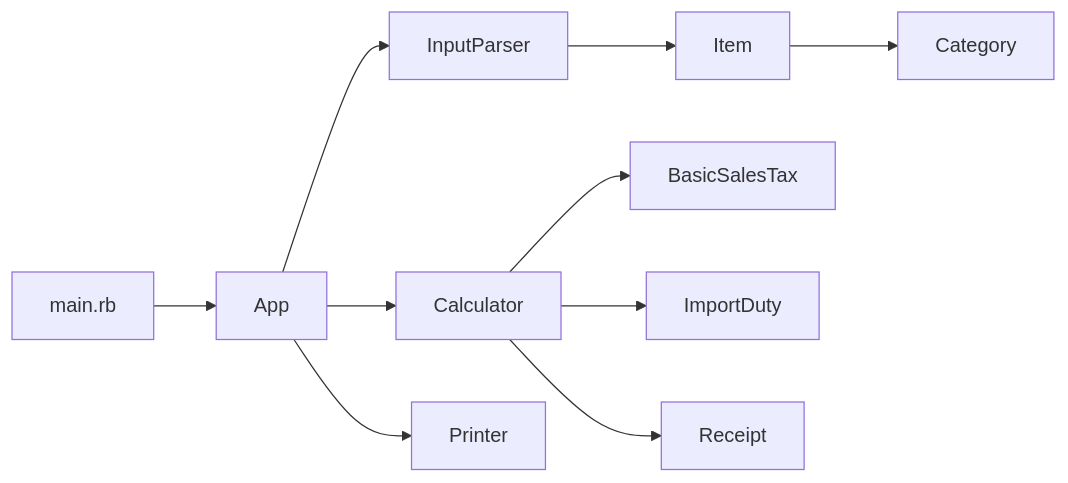
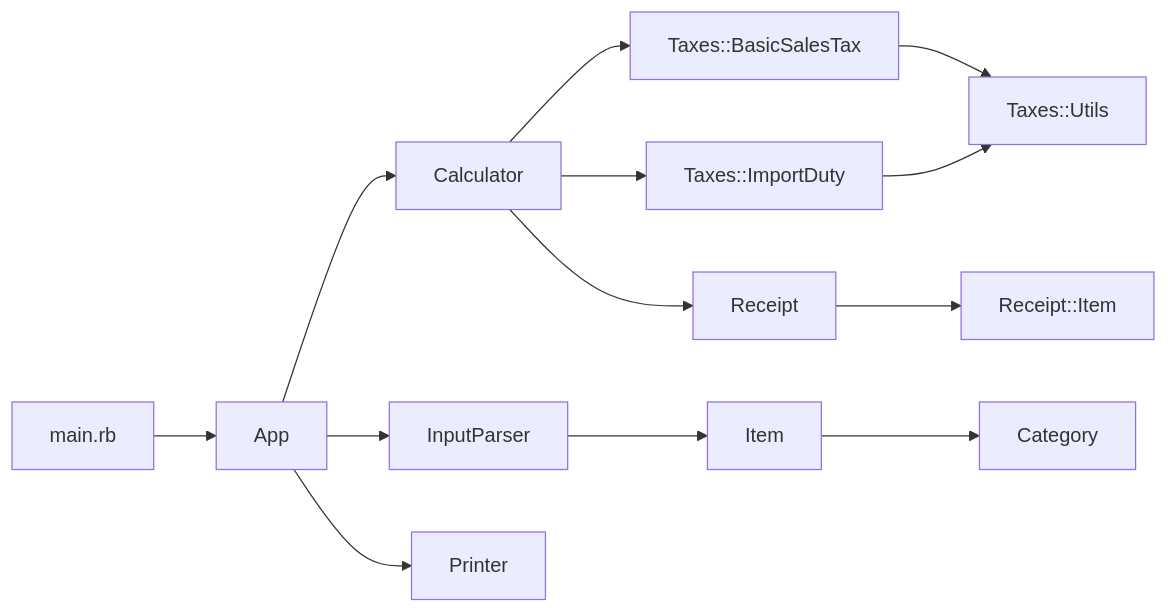
One commit to evheny0/tests changed the diagram in 1/readme.md. Above: the diagram before and after it, drawn with Mermaid.

Commit message:
Fix diagram to show classes initialization/calls

````diff
--- a/1/readme.md
+++ b/1/readme.md
@@ -3,12 +3,15 @@
 ```mermaid
   flowchart LR
     App --> Calculator
     App --> InputParser
     InputParser --> Item
     Item --> Category
-    Calculator --> BasicSalesTax
-    Calculator --> ImportDuty
+    Calculator --> Taxes::BasicSalesTax
+    Calculator --> Taxes::ImportDuty
+    Taxes::BasicSalesTax --> Taxes::Utils
+    Taxes::ImportDuty --> Taxes::Utils
     Calculator --> Receipt
+    Receipt --> Receipt::Item
     App --> Printer
     main.rb --> App
 ```
````
